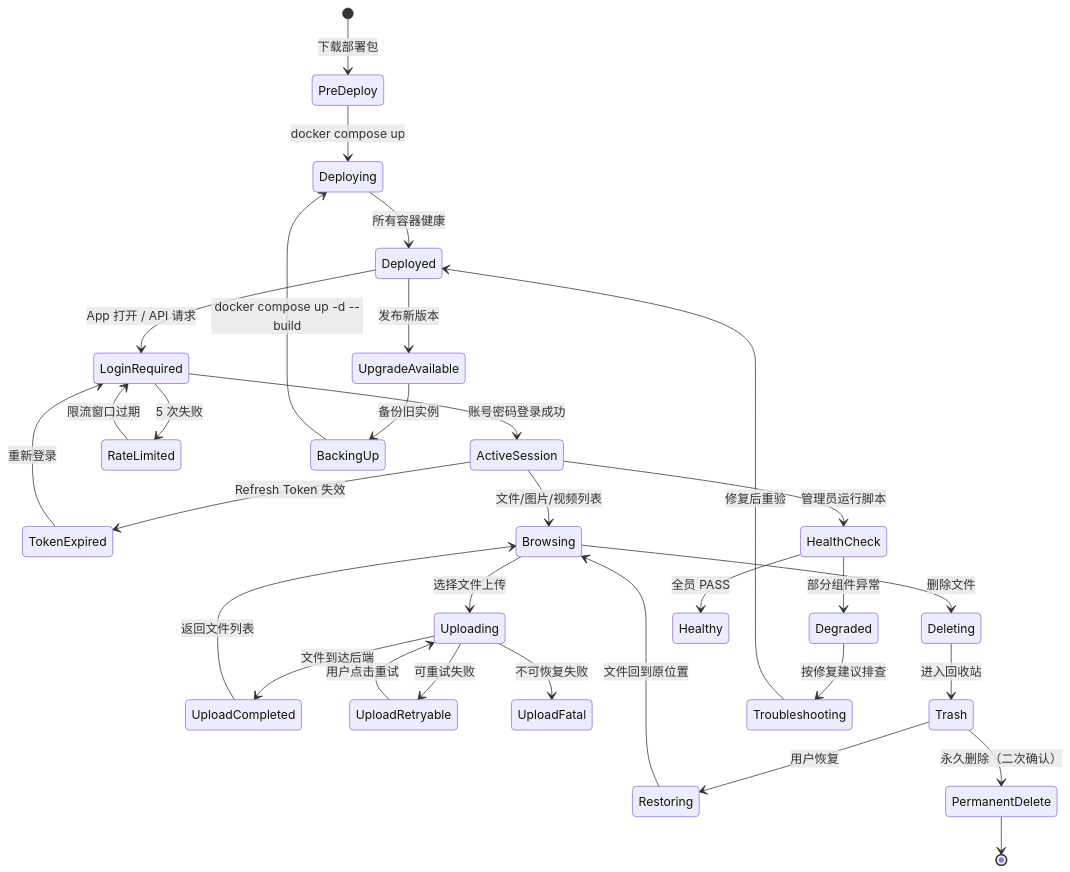
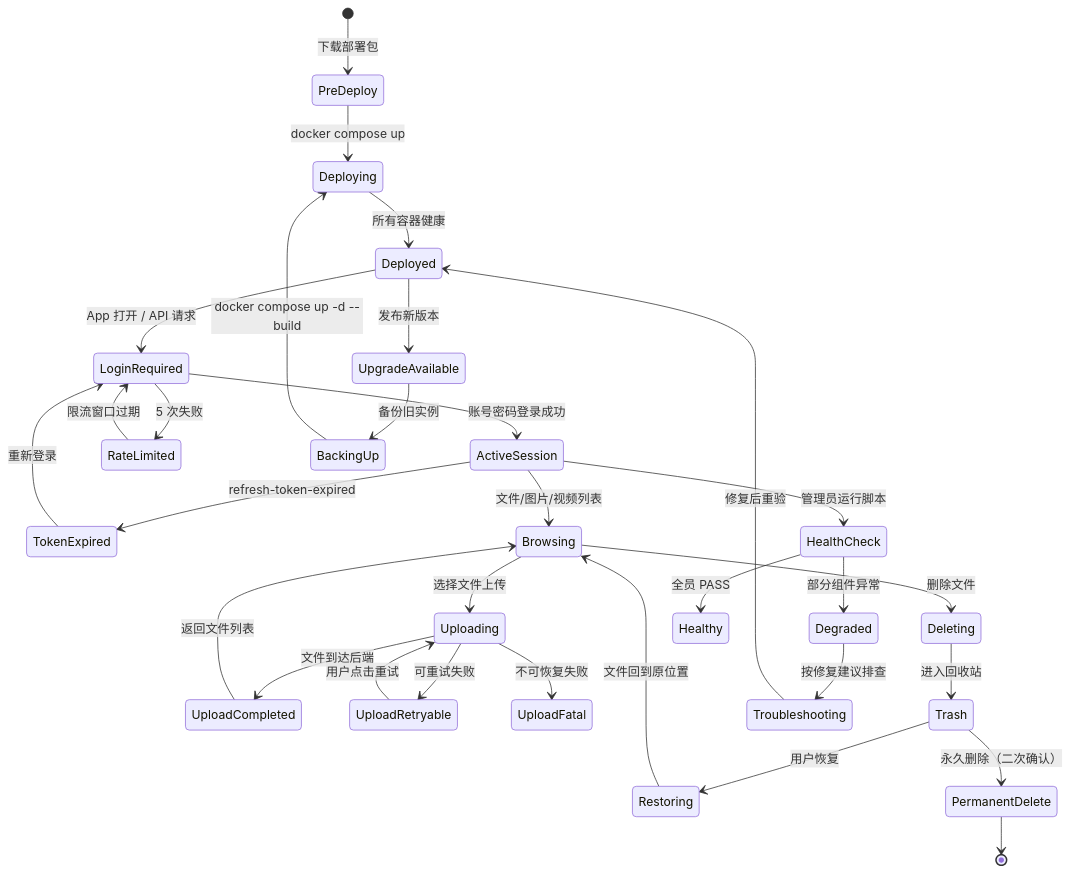
One commit to 253513374/PrivateCloudDrive changed the seventh of 7 diagrams in docs/scenario-matrix-v1.0-rc.md. Above: the diagram before and after it, drawn with Mermaid.

Commit message:
fix: scenario-matrix Mermaid label reparsed to avoid secret-log-scan false positive
Refresh Token: 失效 triggered SECRET_ASSIGNMENT regex.
Changed to refresh-token-expired to avoid the false match.

````diff
--- a/docs/scenario-matrix-v1.0-rc.md
+++ b/docs/scenario-matrix-v1.0-rc.md
@@ -360,33 +360,33 @@
 ```mermaid
 stateDiagram-v2
     [*] --> PreDeploy: 下载部署包
     PreDeploy --> Deploying: docker compose up
     Deploying --> Deployed: 所有容器健康
     Deployed --> LoginRequired: App 打开 / API 请求
     LoginRequired --> ActiveSession: 账号密码登录成功
     LoginRequired --> RateLimited: 5 次失败
     RateLimited --> LoginRequired: 限流窗口过期
-    ActiveSession --> TokenExpired: Refresh Token 失效
+    ActiveSession --> TokenExpired: refresh-token-expired
     TokenExpired --> LoginRequired: 重新登录
     ActiveSession --> Browsing: 文件/图片/视频列表
     Browsing --> Uploading: 选择文件上传
     Uploading --> UploadCompleted: 文件到达后端
     Uploading --> UploadRetryable: 可重试失败
     Uploading --> UploadFatal: 不可恢复失败
     UploadRetryable --> Uploading: 用户点击重试
     UploadCompleted --> Browsing: 返回文件列表
     Browsing --> Deleting: 删除文件
     Deleting --> Trash: 进入回收站
     Trash --> Restoring: 用户恢复
     Restoring --> Browsing: 文件回到原位置
     Trash --> PermanentDelete: 永久删除（二次确认）
     PermanentDelete --> [*]
     ActiveSession --> HealthCheck: 管理员运行脚本
     HealthCheck --> Degraded: 部分组件异常
     HealthCheck --> Healthy: 全员 PASS
     Degraded --> Troubleshooting: 按修复建议排查
     Troubleshooting --> Deployed: 修复后重验
     Deployed --> UpgradeAvailable: 发布新版本
     UpgradeAvailable --> BackingUp: 备份旧实例
     BackingUp --> Deploying: docker compose up -d --build
 ```
````
